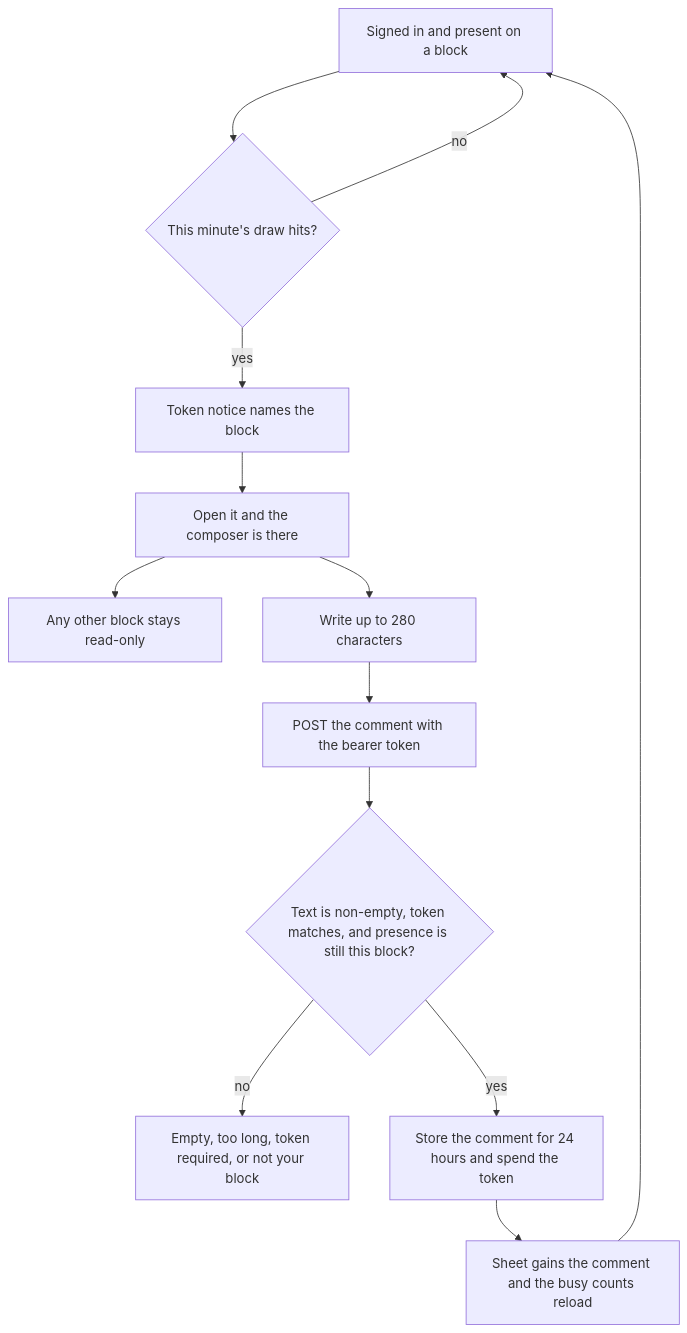
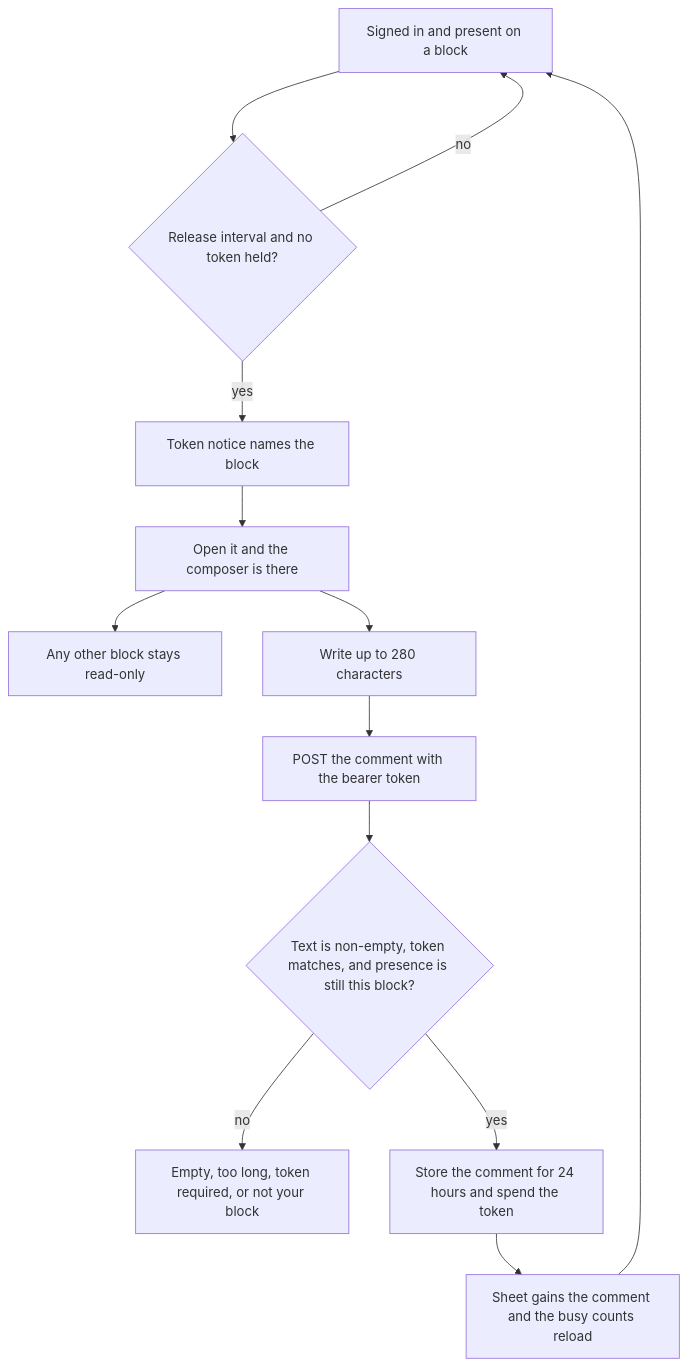
One commit to iravan/dao-ci-yi-you changed the fourth of 5 diagrams in README.md. Above: the diagram before and after it, drawn with Mermaid. The commit also changed other lines of this file and 16 other files, not shown here.

Commit message:
Let visitors find their block, receive a token quickly, and see new comments as they are posted.

````diff
--- a/README.md
+++ b/README.md
@@ -80,15 +111,15 @@
 ```mermaid
 flowchart TD
-  Wait[Signed in and present on a block] --> Grant{This minute's draw hits?}
+  Wait[Signed in and present on a block] --> Grant{Release interval and no token held?}
   Grant -->|no| Wait
   Grant -->|yes| Notice[Token notice names the block]
   Notice --> Compose[Open it and the composer is there]
   Compose --> Other[Any other block stays read-only]
   Compose --> Draft[Write up to 280 characters]
   Draft --> Post["POST the comment with the bearer token"]
   Post --> Rules{Text is non-empty, token matches, and presence is still this block?}
   Rules -->|no| Deny[Empty, too long, token required, or not your block]
   Rules -->|yes| Save[Store the comment for 24 hours and spend the token]
   Save --> Refresh[Sheet gains the comment and the busy counts reload]
   Refresh --> Wait
 ```
````
